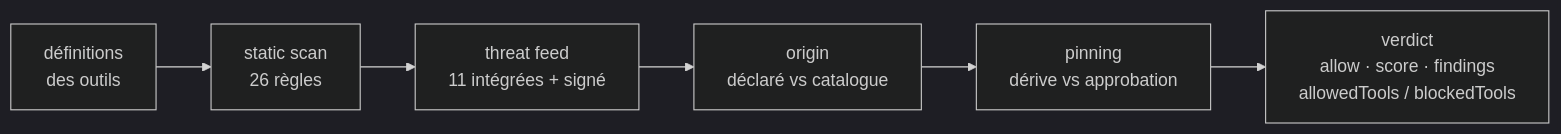
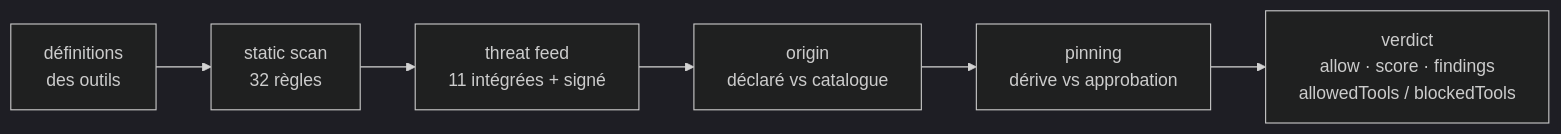
One commit to alexar76/warden changed the diagram in README-fr.md. Above: the diagram before and after it, drawn with Mermaid (dark theme). The commit also changed other lines of this file and 68 other files, not shown here.

````diff
--- a/README-fr.md
+++ b/README-fr.md
@@ -188,8 +196,8 @@
 ```mermaid
 flowchart LR
-  T["définitions<br/>des outils"] --> S["static scan<br/>26 règles"]
+  T["définitions<br/>des outils"] --> S["static scan<br/>32 règles"]
   S --> F["threat feed<br/>11 intégrées + signé"]
   F --> O["origin<br/>déclaré vs catalogue"]
   O --> P["pinning<br/>dérive vs approbation"]
   P --> V["verdict<br/>allow · score · findings<br/>allowedTools / blockedTools"]
 ```
````
